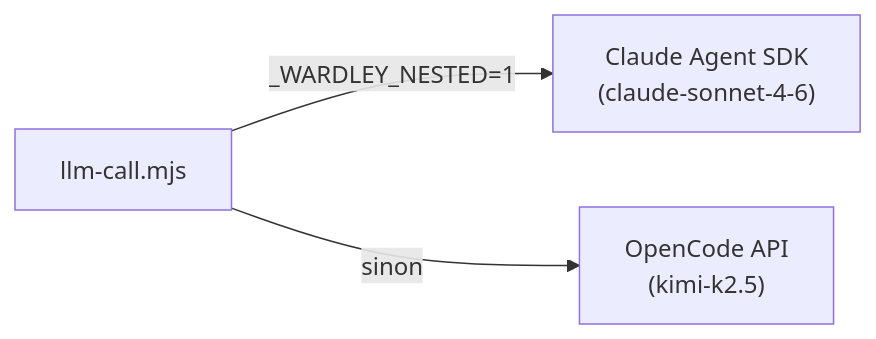
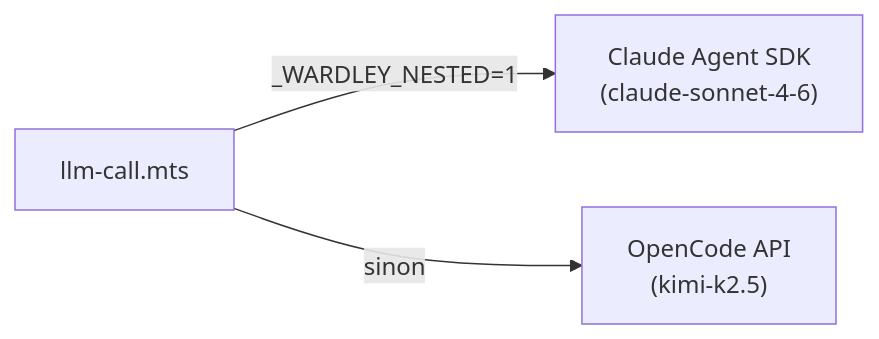
The second of 6 diagrams in docs/architecture.md (formicoidea/labre-mcp), drawn with Mermaid before and after one commit. The commit also changed other lines of this file and 11 other files, not shown here.

````diff
--- a/docs/architecture.md
+++ b/docs/architecture.md
@@ -121,5 +151,5 @@
 ```mermaid
 flowchart LR
-    LLM["llm-call.mjs"] -->|"_WARDLEY_NESTED=1"| SDK["Claude Agent SDK\n(claude-sonnet-4-6)"]
+    LLM["llm-call.mts"] -->|"_WARDLEY_NESTED=1"| SDK["Claude Agent SDK\n(claude-sonnet-4-6)"]
     LLM -->|"sinon"| OC["OpenCode API\n(kimi-k2.5)"]
 ```
````
